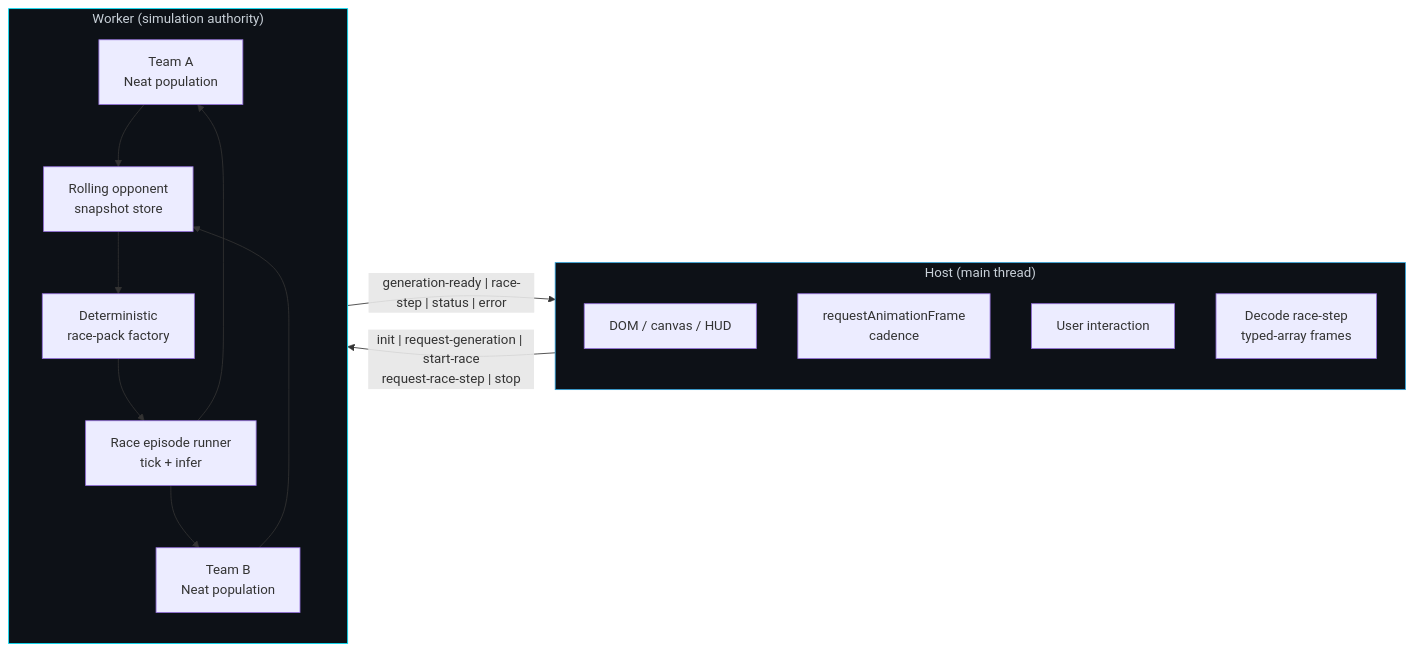
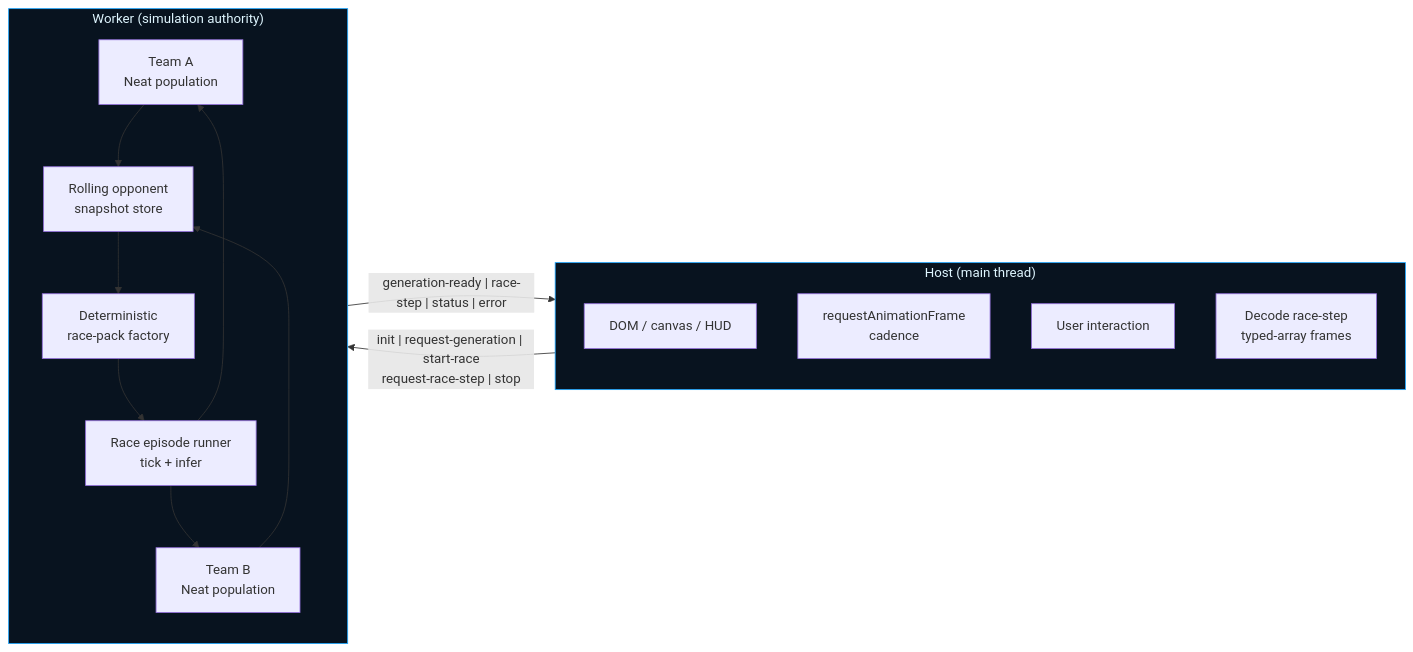
The first of 12 diagrams in examples/racing_curriculum/README.md (reicek/NeatapticTS), drawn with Mermaid before and after one commit. The commit also changed other lines of this file and 232 other files, not shown here.

````diff
--- a/examples/racing_curriculum/README.md
+++ b/examples/racing_curriculum/README.md
@@ -43,30 +43,30 @@
 ```mermaid
 flowchart LR
     subgraph HOST["Host (main thread)"]
         DOM["DOM / canvas / HUD"]
         RAF["requestAnimationFrame\ncadence"]
         UI["User interaction"]
         DECODE["Decode race-step\ntyped-array frames"]
     end
 
     subgraph WORKER["Worker (simulation authority)"]
         TEAM_A["Team A\nNeat population"]
         TEAM_B["Team B\nNeat population"]
         SNAP["Rolling opponent\nsnapshot store"]
         PACK["Deterministic\nrace-pack factory"]
         RACE["Race episode runner\ntick + infer"]
     end
 
     TEAM_A --> SNAP
     TEAM_B --> SNAP
     SNAP --> PACK
     PACK --> RACE
     RACE --> TEAM_A
     RACE --> TEAM_B
 
     HOST -- "init | request-generation | start-race\nrequest-race-step | stop" --> WORKER
     WORKER -- "generation-ready | race-step | status | error" --> HOST
 
-    style HOST fill:#0d1117,stroke:#30a2da,color:#c9d1d9
-    style WORKER fill:#0d1117,stroke:#00e5ff,color:#c9d1d9
+    classDef base fill:#08131f,stroke:#1ea7ff,color:#dff6ff,stroke-width:1px;
+    class HOST,WORKER base;
 ```
````
